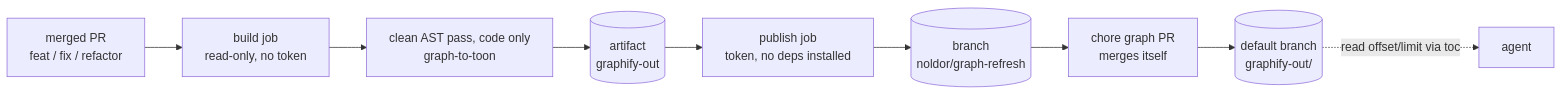
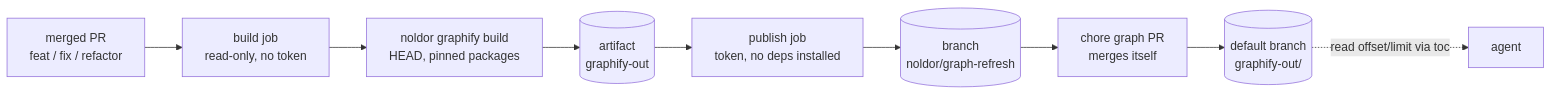
The diagram in docs/features/self-refreshing-compact-knowledge-graph.md (davidzoufaly/noldor), drawn with Mermaid before and after one commit. The commit also changed other lines of this file and 48 other files, not shown here.

First line of the commit message:
feat(features:self-refreshing-compact-knowledge-graph): build the committed graph with one pinned builder for the sweep and CI (#589)

````diff
--- a/docs/features/self-refreshing-compact-knowledge-graph.md
+++ b/docs/features/self-refreshing-compact-knowledge-graph.md
@@ -35,11 +44,11 @@
 ```mermaid
 flowchart LR
   M[merged PR<br/>feat / fix / refactor] --> B[build job<br/>read-only, no token]
-  B --> G[clean AST pass, code only<br/>graph-to-toon]
+  B --> G[noldor graphify build<br/>HEAD, pinned packages]
   G --> A[(artifact<br/>graphify-out)]
   A --> P[publish job<br/>token, no deps installed]
   P --> R[(branch<br/>noldor/graph-refresh)]
   R --> Q[chore graph PR<br/>merges itself]
   Q --> D[(default branch<br/>graphify-out/)]
   D -.read offset/limit via toc.-> Z[agent]
 ```
````
